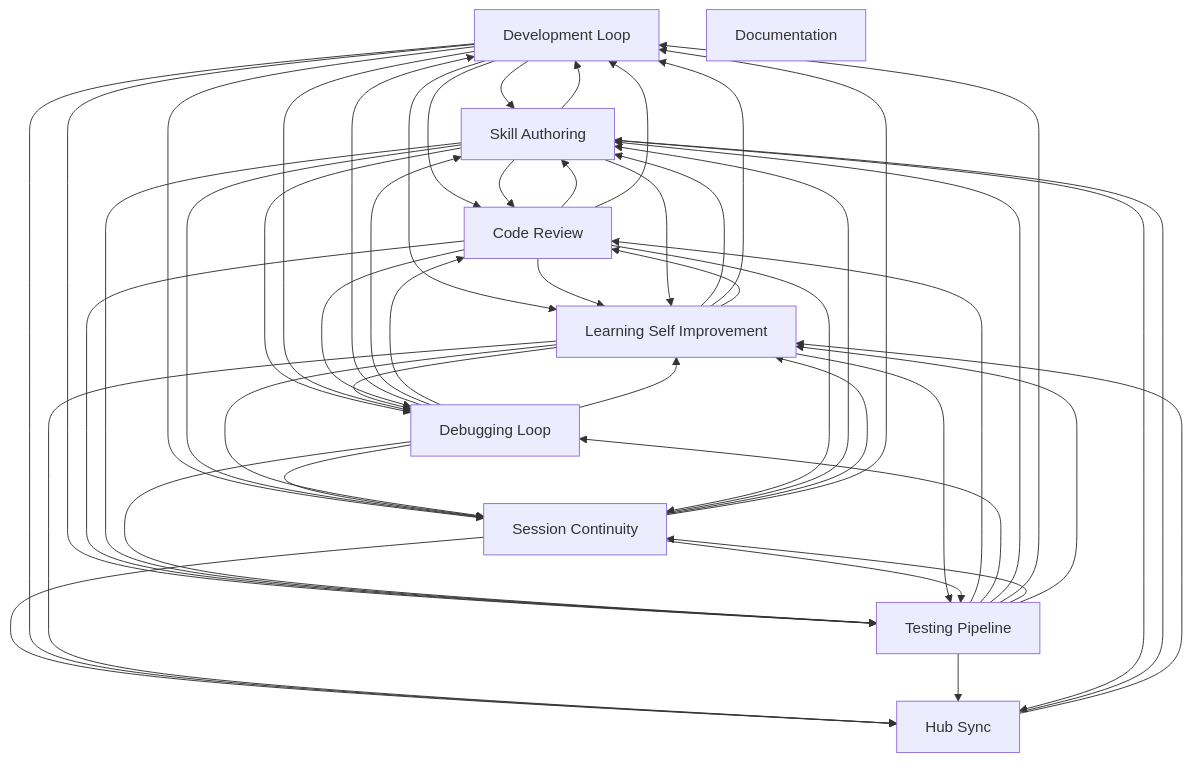
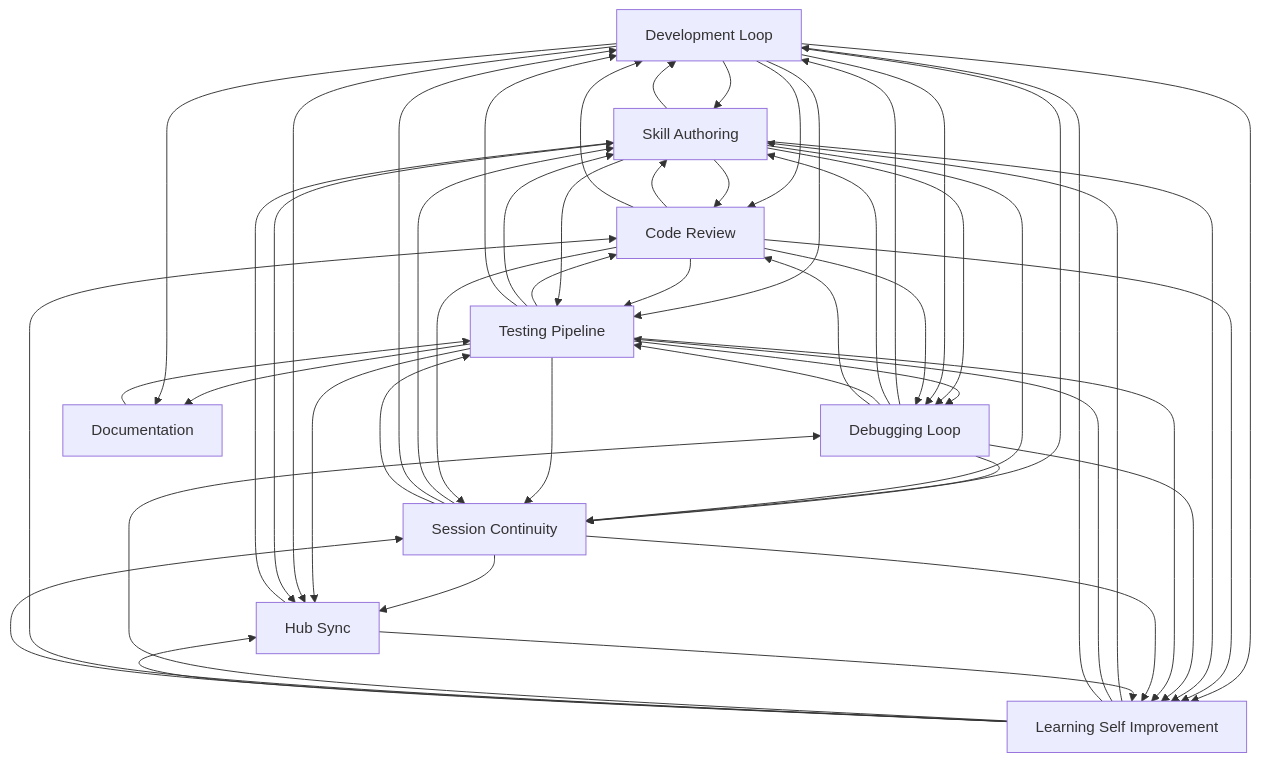
The diagram in docs/workflows/INDEX.md (abhayla/claude-best-practices), drawn with Mermaid before and after one commit. The commit also changed other lines of this file and 10 other files, not shown here.

````diff
--- a/docs/workflows/INDEX.md
+++ b/docs/workflows/INDEX.md
@@ -21,59 +21,62 @@
 ```mermaid
 graph TD
     development_loop[Development Loop]
     testing_pipeline[Testing Pipeline]
     debugging_loop[Debugging Loop]
     learning_self_improvement[Learning Self Improvement]
     session_continuity[Session Continuity]
     skill_authoring[Skill Authoring]
     code_review[Code Review]
     documentation[Documentation]
     hub_sync[Hub Sync]
+    documentation --> testing_pipeline
     development_loop --> skill_authoring
     development_loop --> code_review
     code_review --> skill_authoring
     code_review --> development_loop
+    development_loop --> testing_pipeline
     development_loop --> learning_self_improvement
-    development_loop --> testing_pipeline
+    code_review --> testing_pipeline
     code_review --> learning_self_improvement
-    code_review --> testing_pipeline
     testing_pipeline --> code_review
     testing_pipeline --> debugging_loop
     testing_pipeline --> skill_authoring
     testing_pipeline --> development_loop
     skill_authoring --> development_loop
     skill_authoring --> code_review
+    skill_authoring --> testing_pipeline
     skill_authoring --> learning_self_improvement
-    skill_authoring --> testing_pipeline
     development_loop --> session_continuity
-    skill_authoring --> session_continuity
     debugging_loop --> session_continuity
     debugging_loop --> development_loop
+    skill_authoring --> session_continuity
     testing_pipeline --> session_continuity
-    skill_authoring --> debugging_loop
     debugging_loop --> skill_authoring
     debugging_loop --> testing_pipeline
     debugging_loop --> code_review
+    skill_authoring --> debugging_loop
     development_loop --> debugging_loop
     debugging_loop --> learning_self_improvement
     testing_pipeline --> learning_self_improvement
     learning_self_improvement --> skill_authoring
-    learning_self_improvement --> debugging_loop
     learning_self_improvement --> testing_pipeline
     learning_self_improvement --> development_loop
+    learning_self_improvement --> debugging_loop
     learning_self_improvement --> code_review
     code_review --> debugging_loop
     learning_self_improvement --> session_continuity
     code_review --> session_continuity
+    session_continuity --> hub_sync
     session_continuity --> skill_authoring
-    session_continuity --> hub_sync
     session_continuity --> learning_self_improvement
+    testing_pipeline --> hub_sync
     development_loop --> hub_sync
     learning_self_improvement --> hub_sync
-    testing_pipeline --> hub_sync
+    testing_pipeline --> documentation
+    development_loop --> documentation
     session_continuity --> development_loop
     session_continuity --> testing_pipeline
     skill_authoring --> hub_sync
     hub_sync --> skill_authoring
     hub_sync --> learning_self_improvement
 ```
````
